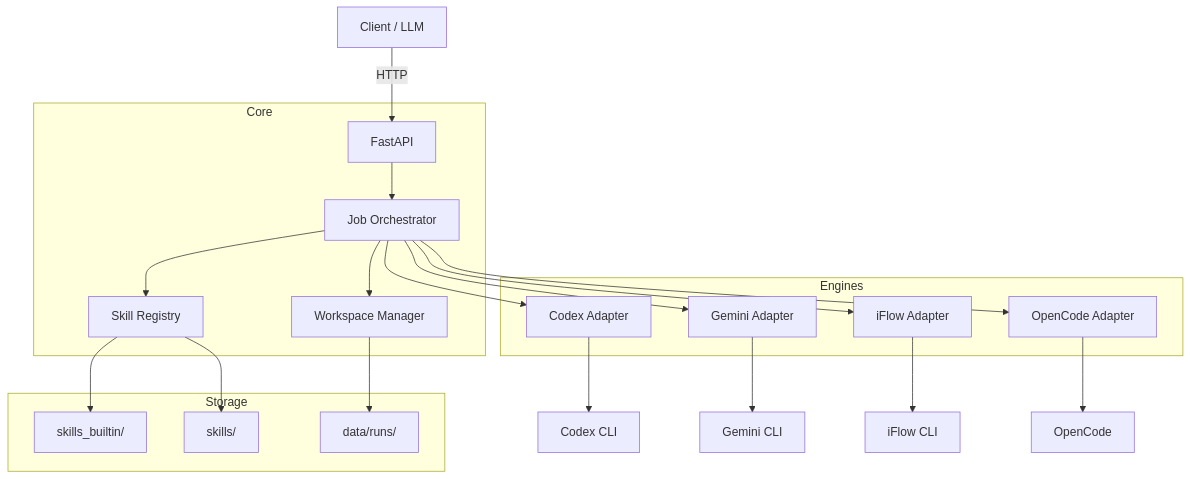
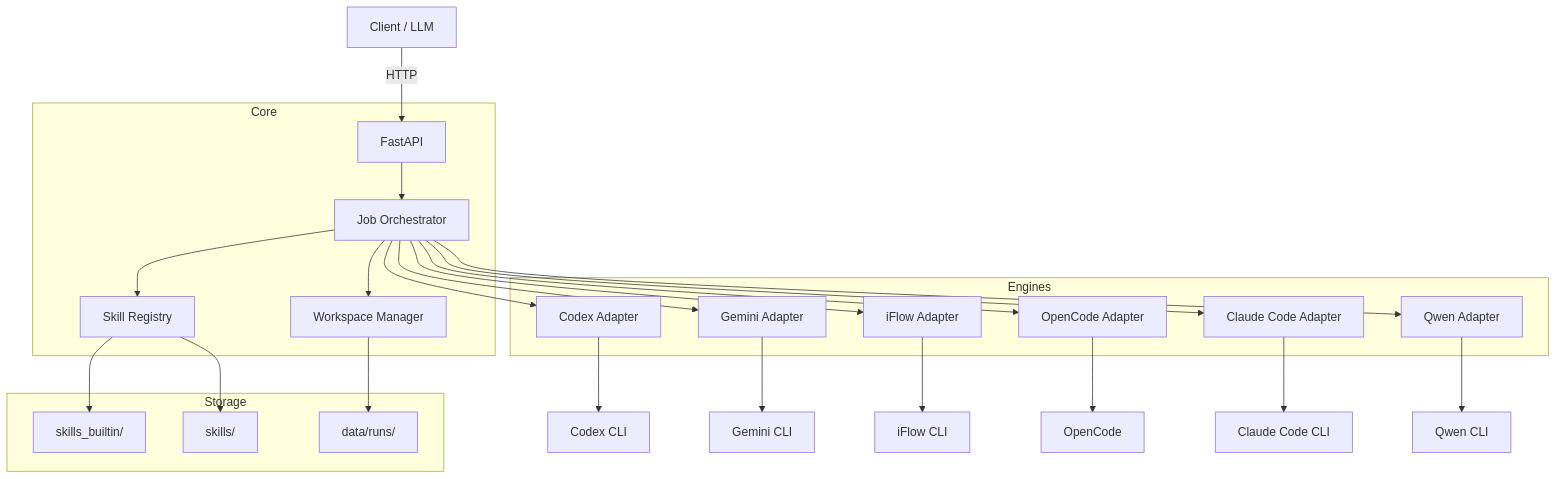
Before and after one commit to leike0813/Skill-Runner: the diagram in README.md, drawn with Mermaid. The commit also changed other lines of this file and 4 other files, not shown here.

````diff
--- a/README.md
+++ b/README.md
@@ -308,28 +308,32 @@
 ```mermaid
 graph TD
     Client[Client / LLM] -->|HTTP| API[FastAPI]
     
     subgraph Core
         API --> Orchestrator[Job Orchestrator]
         Orchestrator --> Registry[Skill Registry]
         Orchestrator --> Workspace[Workspace Manager]
     end
 
     subgraph Engines
         Orchestrator --> Codex[Codex Adapter]
         Orchestrator --> Gemini[Gemini Adapter]
         Orchestrator --> IFlow[iFlow Adapter]
         Orchestrator --> OpenCode[OpenCode Adapter]
+        Orchestrator --> ClaudeCode[Claude Code Adapter]
+        Orchestrator --> Qwen[Qwen Adapter]
     end
 
     subgraph Storage
         Registry --> BuiltinSkills[skills_builtin/]
         Registry --> UserSkills[skills/]
         Workspace --> Runs[data/runs/]
     end
 
     Codex --> CodexCLI[Codex CLI]
     Gemini --> GeminiCLI[Gemini CLI]
     IFlow --> IFlowCLI[iFlow CLI]
     OpenCode --> OpenCodeCLI[OpenCode]
+    ClaudeCode --> ClaudeCodeCLI[Claude Code CLI]
+    Qwen --> QwenCLI[Qwen CLI]
 ```
````
